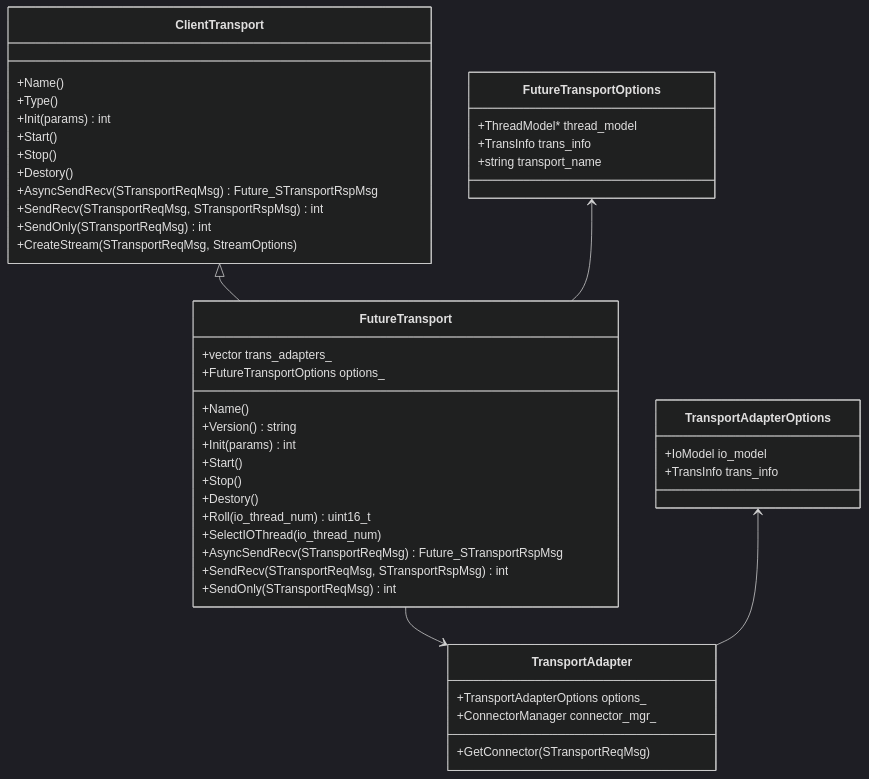
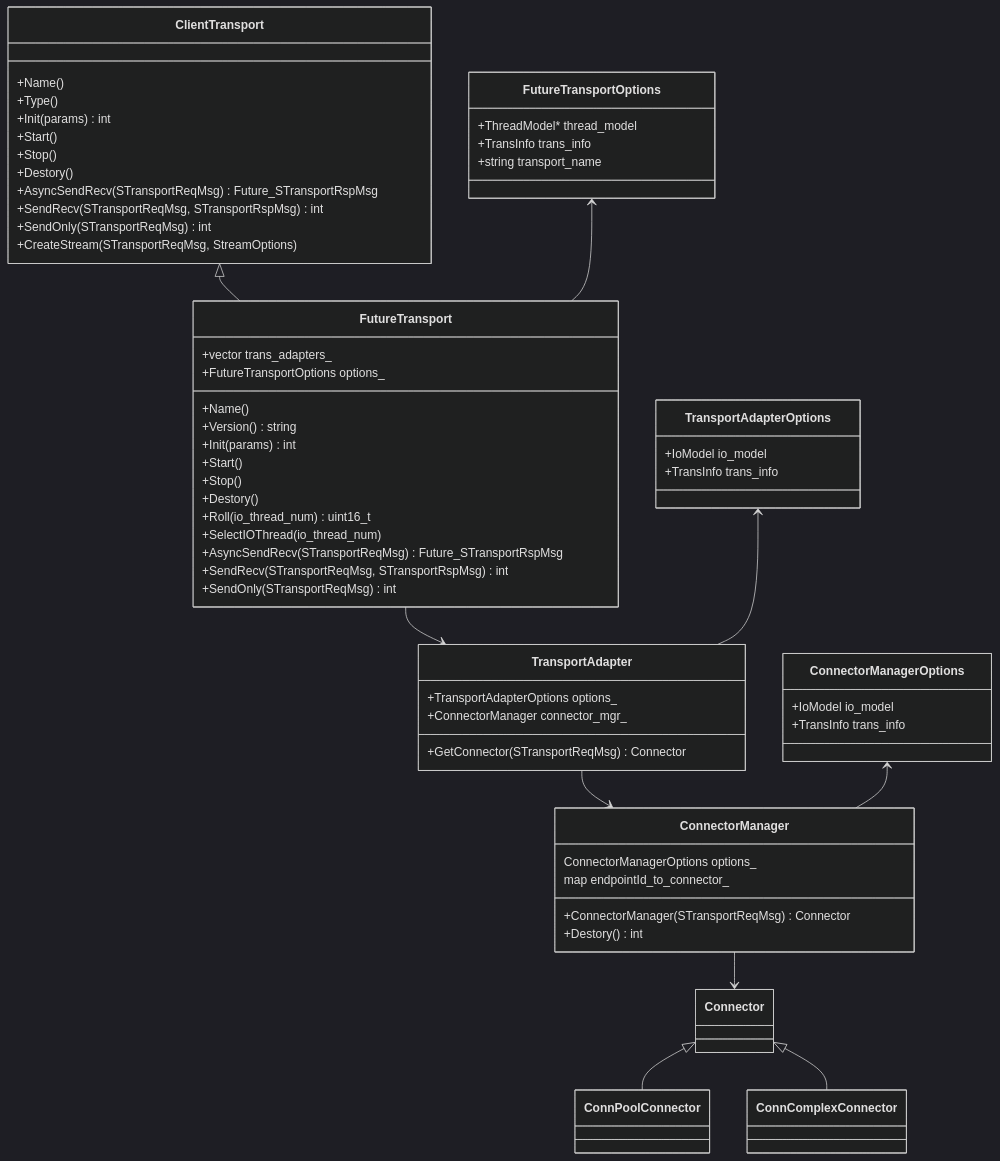
The diagram in posts/xrpc/xrpc-transport/client-transport.md (lsj9383/blog), drawn with Mermaid (dark theme) before and after one commit.

````diff
--- a/posts/xrpc/xrpc-transport/client-transport.md
+++ b/posts/xrpc/xrpc-transport/client-transport.md
@@ -40,6 +40,13 @@
 FutureTransportOptions <-- FutureTransport
 FutureTransport --> TransportAdapter
 TransportAdapterOptions <-- TransportAdapter
+
+TransportAdapter --> ConnectorManager
+ConnectorManagerOptions <-- ConnectorManager
+
+ConnectorManager --> Connector
+Connector <|-- ConnPoolConnector
+Connector <|-- ConnComplexConnector
 
 class ClientTransport {
   +Name()
@@ -79,11 +86,35 @@
 class TransportAdapter {
   +TransportAdapterOptions options_
   +ConnectorManager connector_mgr_
-  +GetConnector(STransportReqMsg)
+  +GetConnector(STransportReqMsg) Connector
 }
 
 class TransportAdapterOptions {
   +IoModel io_model
   +TransInfo trans_info
 }
+
+class ConnectorManager {
+  ConnectorManagerOptions options_
+  map<std::string, Connector*> endpointId_to_connector_
+  +ConnectorManager(STransportReqMsg) Connector
+  +Destory() int
+}
+
+class ConnectorManagerOptions {
+  +IoModel io_model
+  +TransInfo trans_info
+}
+
+class Connector {
+  
+}
+
+class ConnPoolConnector {
+  
+}
+
+class ConnComplexConnector {
+  
+}
 ```
````
